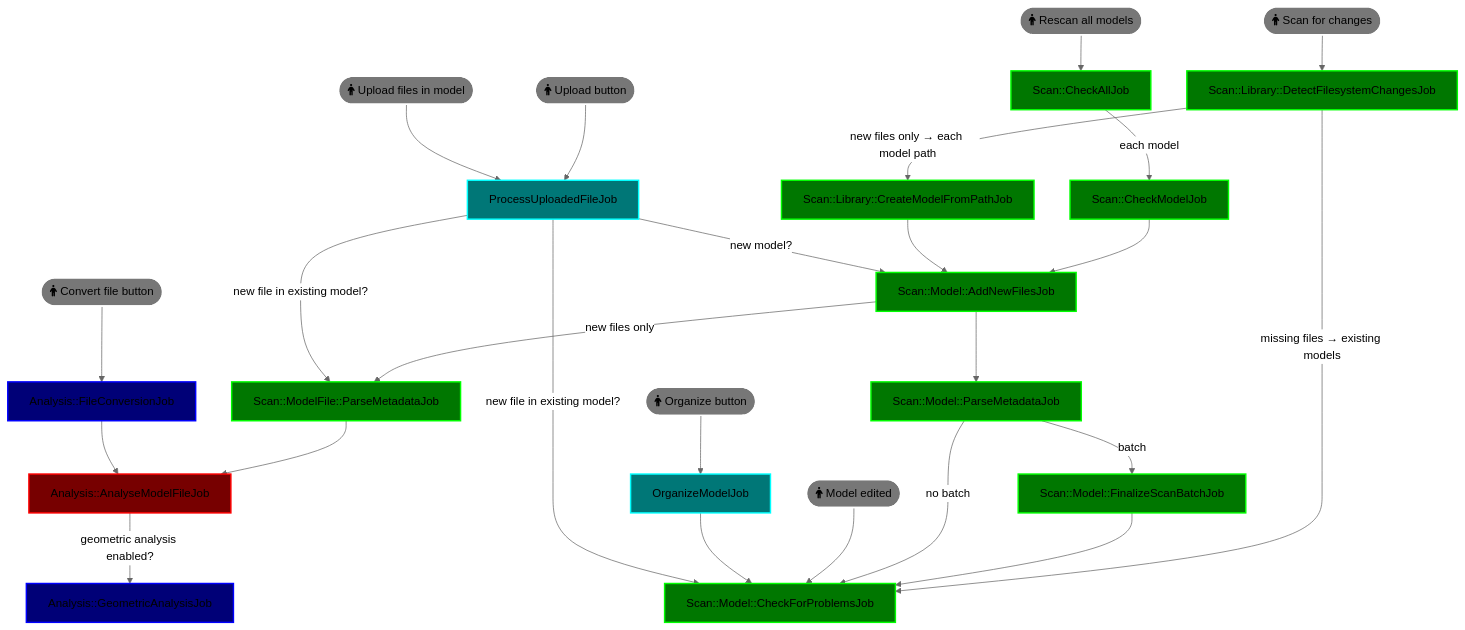
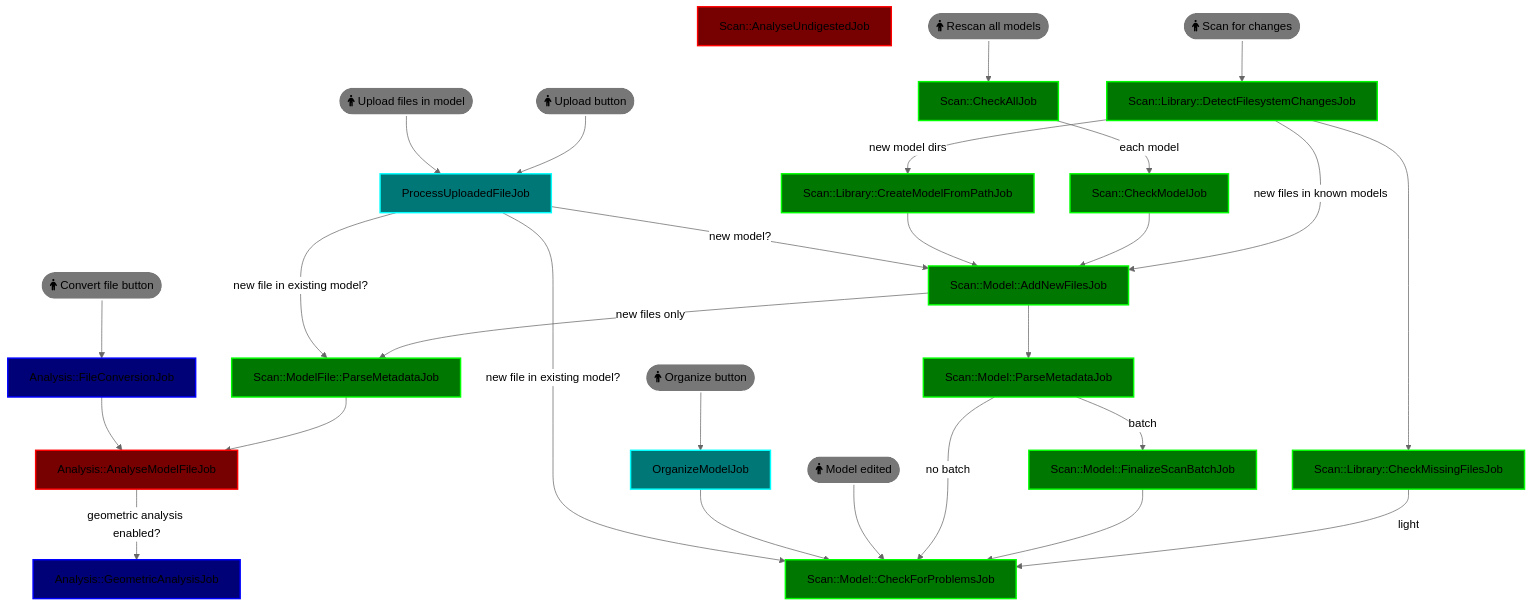
One commit to NetworkBuild3r/manyfold-ai changed the diagram in app/jobs/README.md. Above: the diagram before and after it, drawn with Mermaid (neutral theme). The commit also changed other lines of this file and 21 other files, not shown here.

First line of the commit message:
fix(scan): deep discovery, known-file deltas, locks, Federails batching

````diff
--- a/app/jobs/README.md
+++ b/app/jobs/README.md
@@ -12,65 +13,69 @@
 ```mermaid
 flowchart TD
     DFS[Scan::Library::DetectFilesystemChangesJob]
     CMFP[Scan::Library::CreateModelFromPathJob]
     ANF[Scan::Model::AddNewFilesJob]
+    MISS[Scan::Library::CheckMissingFilesJob]
     PM[Scan::Model::ParseMetadataJob]
     PMF[Scan::ModelFile::ParseMetadataJob]
     FIN[Scan::Model::FinalizeScanBatchJob]
     CFP[Scan::Model::CheckForProblemsJob]
     CA[Scan::CheckAllJob]
     CM[Scan::CheckModelJob]
     OM[OrganizeModelJob]
     PUF[ProcessUploadedFileJob]
     AMF[Analysis::AnalyseModelFileJob]
+    UND[Scan::AnalyseUndigestedJob]
     FC[Analysis::FileConversionJob]
     GA[Analysis::GeometricAnalysisJob]
 
     ModelEdit([fa:fa-person Model edited])
     Organize([fa:fa-person Organize button])
     ScanAll([fa:fa-person Scan for changes])
     CheckAll([fa:fa-person Rescan all models])
     MainUpload([fa:fa-person Upload button])
     FileUpload([fa:fa-person Upload files in model])
     FileConvert([fa:fa-person Convert file button])
 
     ScanAll --> DFS
-    DFS -->|new files only → each model path| CMFP
-    DFS -->|missing files → existing models| CFP
+    DFS -->|new model dirs| CMFP
+    DFS -->|new files in known models| ANF
+    DFS --> MISS
+    MISS -->|light| CFP
     CheckAll --> CA
     CA -->|each model| CM
     CM --> ANF
     CMFP --> ANF
     ANF -->|new files only| PMF
     ANF --> PM
     PM -->|batch| FIN
     FIN --> CFP
     PM -->|no batch| CFP
     ModelEdit --> CFP
     PMF --> AMF
     AMF -->|geometric analysis enabled?| GA
     Organize --> OM
     OM --> CFP
     MainUpload --> PUF
     FileUpload --> PUF
     PUF -->|new model?| ANF
     PUF -->|new file in existing model?| CFP
     PUF -->|new file in existing model?| PMF
     FileConvert --> FC
     FC --> AMF
 
 
     classDef queue_analysis fill:#700,stroke:#f00,stroke-width:2px;
     classDef queue_scan fill:#070,stroke:#0f0,stroke-width:2px;
     classDef queue_default fill:#077,stroke:#0ff,stroke-width:2px;
     classDef queue_performance fill:#007,stroke:#00f,stroke-width:2px;
 
-    class DFS,CA,CM,CMFP,ANF,PM,PMF,CFP,FIN queue_scan
+    class DFS,CA,CM,CMFP,ANF,PM,PMF,CFP,FIN,MISS queue_scan
     class FC,GA queue_performance
-    class AMF queue_analysis
+    class AMF,UND queue_analysis
     class OM,PUF queue_default
 
     classDef user_action fill:#777,stroke:#fff,stroke-width:2px;
     class ModelEdit,Organize,ScanAll,CheckAll,MainUpload,FileUpload,FileConvert user_action
 
 ```
````
